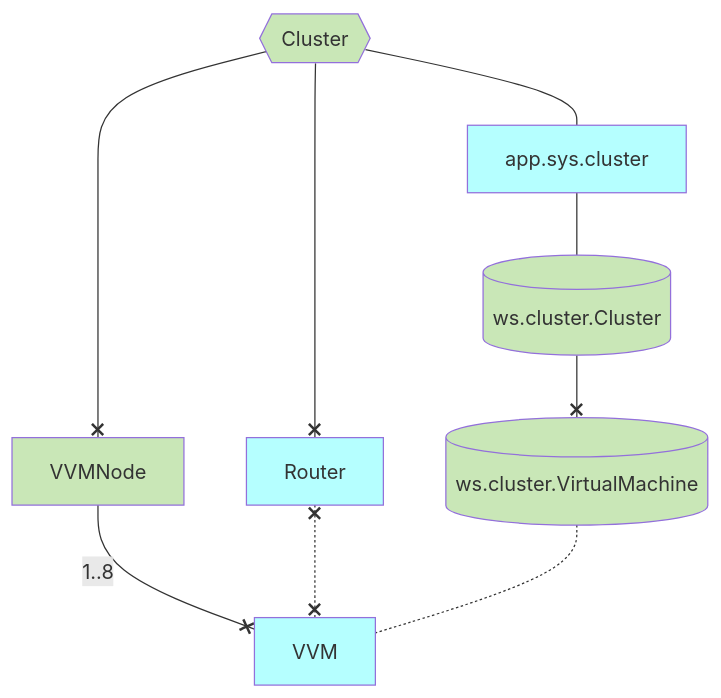
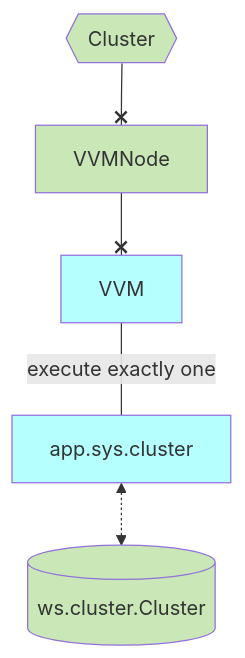
Before and after one commit to voedger/voedger-internals: the first of 4 diagrams in concepts/clusters/README.md, drawn with Mermaid. The commit also changed other lines of this file and 8 other files, not shown here.

````diff
--- a/concepts/clusters/README.md
+++ b/concepts/clusters/README.md
@@ -5,36 +5,30 @@
 ```mermaid
 flowchart TD
 
   %% Entities =================================
 
 
   Cluster{{Cluster}}:::H
   VVMNode:::H
-  Router:::S
-
+  
   app.sys.cluster[app.sys.cluster]:::S
   ws.cluster.Сluster[(ws.cluster.Сluster)]:::H
-  ws.cluster.VirtualMachine[(ws.cluster.VirtualMachine)]:::H
-
+  
   VVM:::S
 
 
   %% Relations =================================
 
-  Cluster --- app.sys.cluster
-  Cluster --x Router
   Cluster --x VVMNode
-  VVMNode --x |1..8| VVM
+  VVMNode --x VVM
 
-  Router x-.-x VVM
-
-  app.sys.cluster --- ws.cluster.Сluster
-  ws.cluster.Сluster --x ws.cluster.VirtualMachine
-
-  ws.cluster.VirtualMachine -.- VVM
+  VVM --- |execute exactly one| app.sys.cluster
+  app.sys.cluster <-.-> ws.cluster.Сluster
+  
+  
 
   classDef G fill:#FFFFFF,stroke:#000000, stroke-width:1px, stroke-dasharray: 5 5
   classDef B fill:#FFFFB5,color:#333
   classDef S fill:#B5FFFF
   classDef H fill:#C9E7B7
 ```
````
